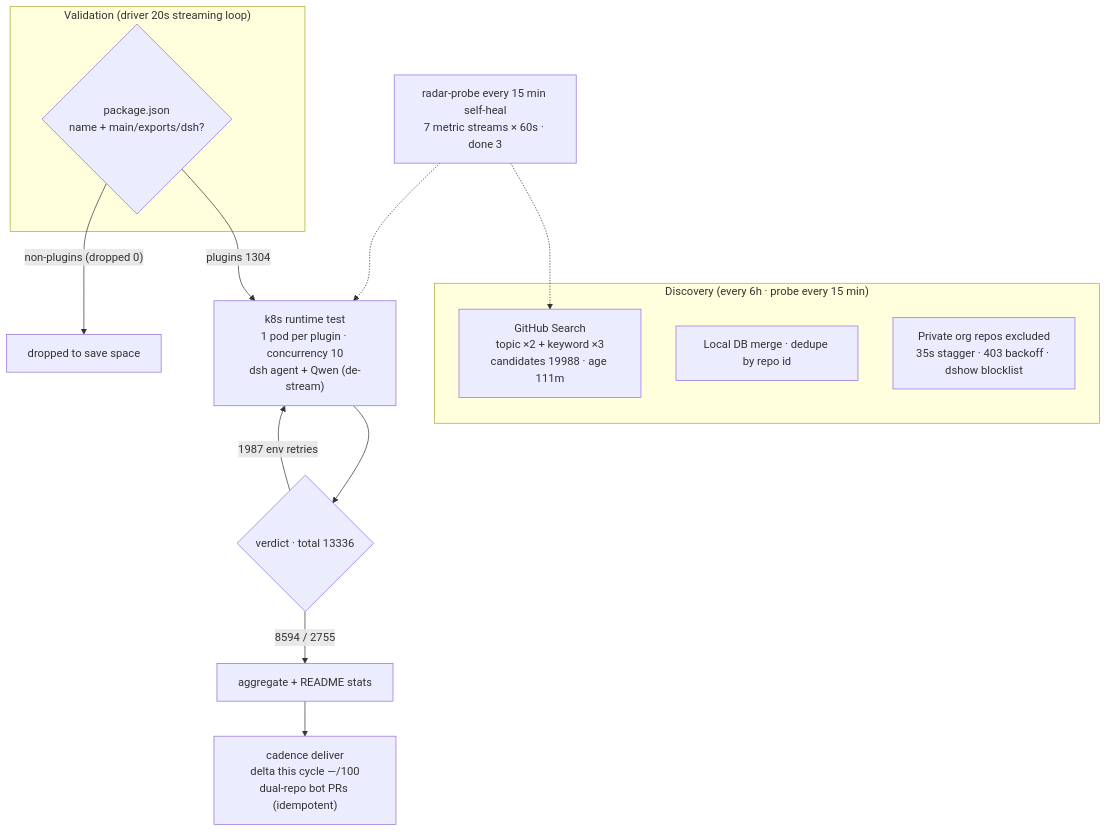
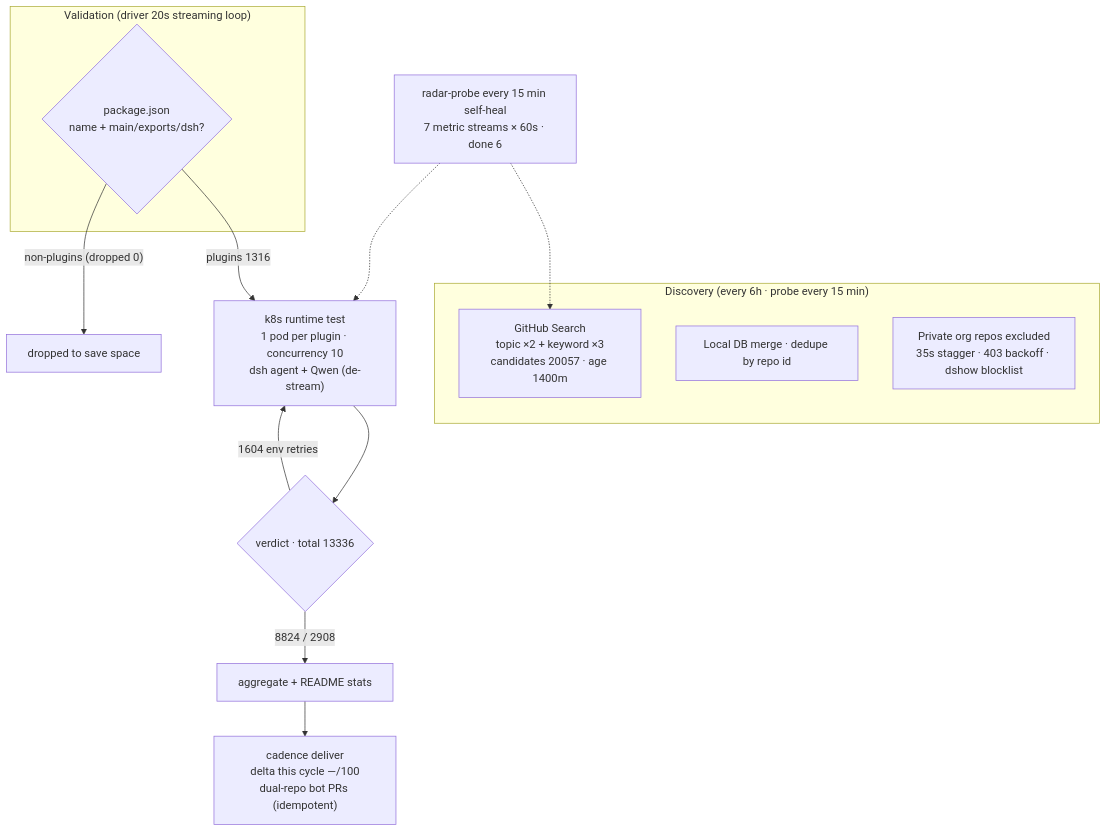
One commit to AdamPlatin123/dsh-plugin-radar changed the diagram in README.en-US.md. Above: the diagram before and after it, drawn with Mermaid. The commit also changed other lines of this file and 18 other files, not shown here.

````diff
--- a/README.en-US.md
+++ b/README.en-US.md
@@ -45,20 +45,20 @@
 ```mermaid
 flowchart TB
     subgraph Discovery["Discovery (every 6h · probe every 15 min)"]
-        A1["GitHub Search<br/>topic ×2 + keyword ×3<br/>candidates 19988 · age 111m"]
+        A1["GitHub Search<br/>topic ×2 + keyword ×3<br/>candidates 20057 · age 1400m"]
         A2["Local DB merge · dedupe by repo id"]
         A3["Private org repos excluded<br/>35s stagger · 403 backoff · dshow blocklist"]
     end
     subgraph Validation["Validation (driver 20s streaming loop)"]
         B1{"package.json<br/>name + main/exports/dsh?"}
     end
-    B1 -->|"plugins 1304"| C1["k8s runtime test<br/>1 pod per plugin · concurrency 10<br/>dsh agent + Qwen (de-stream)"]
+    B1 -->|"plugins 1316"| C1["k8s runtime test<br/>1 pod per plugin · concurrency 10<br/>dsh agent + Qwen (de-stream)"]
     B1 -->|"non-plugins (dropped 0)"| B3["dropped to save space"]
     C1 --> D1{"verdict · total 13336"}
-    D1 -->|"8594 / 2755"| E1["aggregate + README stats"]
-    D1 -->|"1987 env retries"| C1
+    D1 -->|"8824 / 2908"| E1["aggregate + README stats"]
+    D1 -->|"1604 env retries"| C1
     E1 --> E2["cadence deliver<br/>delta this cycle —/100<br/>dual-repo bot PRs (idempotent)"]
-    M["radar-probe every 15 min self-heal<br/>7 metric streams × 60s · done 3"]
+    M["radar-probe every 15 min self-heal<br/>7 metric streams × 60s · done 6"]
     M -.-> A1
     M -.-> C1
 ```
````
